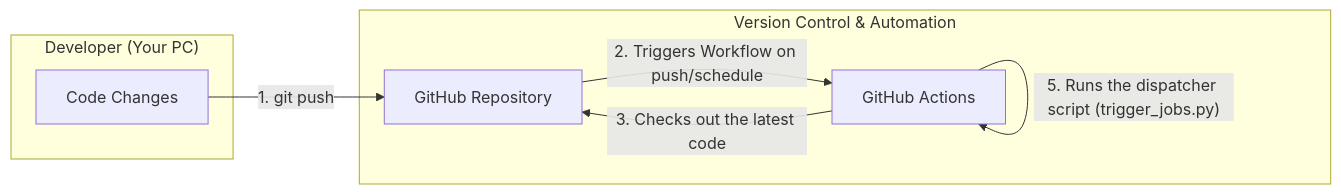
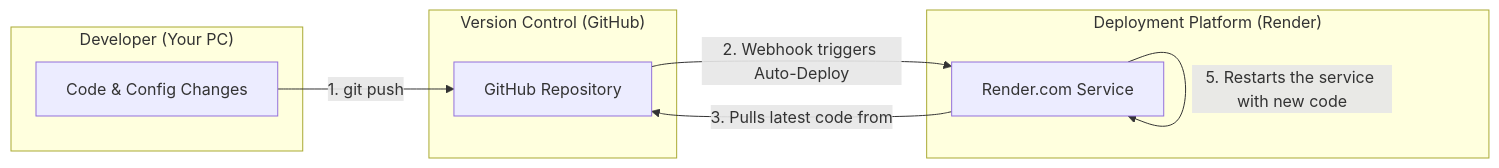
Before and after one commit to OpenXFlow/PulserBot: the third of 4 diagrams in docs/assets/bot_flow.md, drawn with Mermaid. The commit also changed other lines of this file and 113 other files, not shown here.

First line of the commit message:
feat(architecture): Major refactor to Handler architecture and add new features

````diff
--- a/docs/assets/bot_flow.md
+++ b/docs/assets/bot_flow.md
@@ -109,17 +98,20 @@
 ```mermaid
 graph LR
     subgraph "Developer (Your PC)"
-        A["Code Changes"]
+        A["Code & Config Changes"]
     end
 
-    subgraph "Version Control & Automation"
+    subgraph "Version Control (GitHub)"
         B["GitHub Repository"]
-        C["GitHub Actions"]
+    end
+    
+    subgraph "Deployment Platform (Render)"
+        C["Render.com Service"]
     end
 
     A -- "1. git push" --> B
-    B -- "2. Triggers Workflow on push/schedule" --> C
-    C -- "3. Checks out the latest code" --> B
+    B -- "2. Webhook triggers Auto-Deploy" --> C
+    C -- "3. Pulls latest code from" --> B
     C -- "4. Installs dependencies" --> C
-    C -- "5. Runs the dispatcher script (trigger_jobs.py)" --> C
+    C -- "5. Restarts the service with new code" --> C
 ```
````
